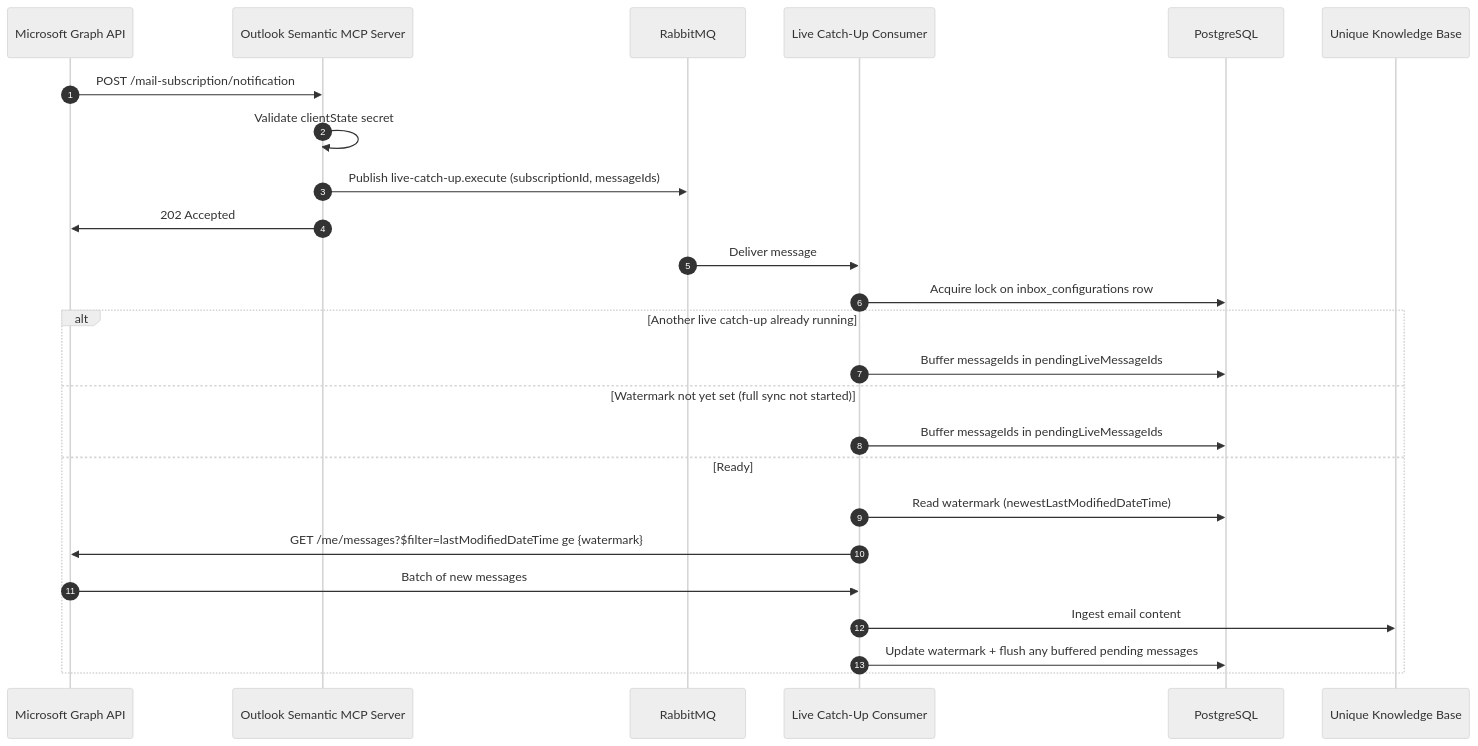
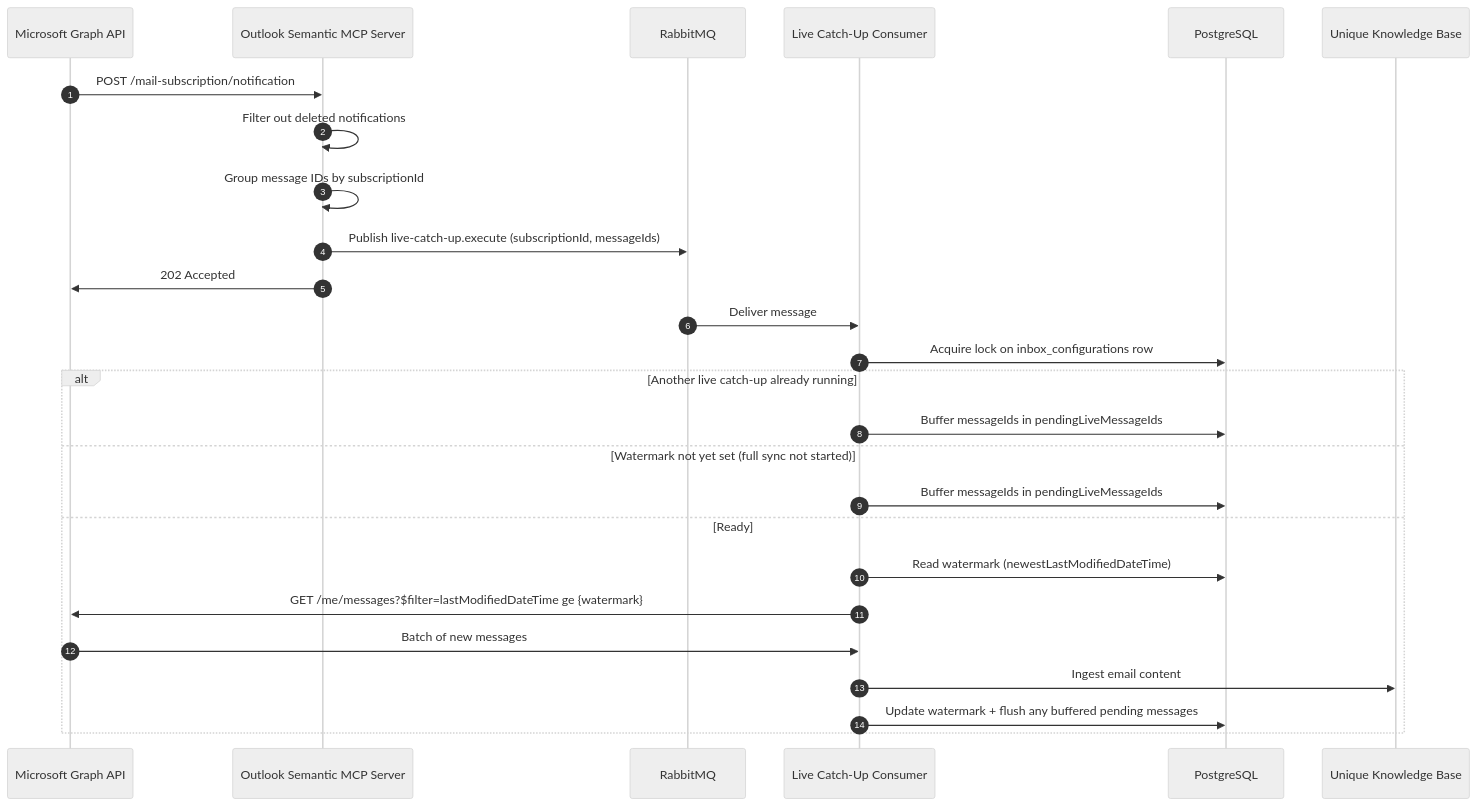
One commit to Unique-AG/connectors changed the fourth of 7 diagrams in services/outlook-semantic-mcp/docs/technical/flows.md. Above: the diagram before and after it, drawn with Mermaid. The commit also changed other lines of this file and 10 other files, not shown here.

````diff
--- a/services/outlook-semantic-mcp/docs/technical/flows.md
+++ b/services/outlook-semantic-mcp/docs/technical/flows.md
@@ -133,30 +133,31 @@
 ```mermaid
 %%{init: {'theme': 'neutral', 'themeVariables': { 'fontSize': '14px' }}}%%
 sequenceDiagram
     autonumber
     participant MSGraph as Microsoft Graph API
     participant OutlookMCP as Outlook Semantic MCP Server
     participant AMQP as RabbitMQ
     participant Consumer as Live Catch-Up Consumer
     participant DB as PostgreSQL
     participant UniqueKB as Unique Knowledge Base
 
     MSGraph->>OutlookMCP: POST /mail-subscription/notification
-    OutlookMCP->>OutlookMCP: Validate clientState secret
+    OutlookMCP->>OutlookMCP: Filter out deleted notifications
+    OutlookMCP->>OutlookMCP: Group message IDs by subscriptionId
     OutlookMCP->>AMQP: Publish live-catch-up.execute (subscriptionId, messageIds)
     OutlookMCP->>MSGraph: 202 Accepted
 
     AMQP->>Consumer: Deliver message
     Consumer->>DB: Acquire lock on inbox_configurations row
     alt Another live catch-up already running
         Consumer->>DB: Buffer messageIds in pendingLiveMessageIds
     else Watermark not yet set (full sync not started)
         Consumer->>DB: Buffer messageIds in pendingLiveMessageIds
     else Ready
         Consumer->>DB: Read watermark (newestLastModifiedDateTime)
         Consumer->>MSGraph: GET /me/messages?$filter=lastModifiedDateTime ge {watermark}
         MSGraph->>Consumer: Batch of new messages
         Consumer->>UniqueKB: Ingest email content
         Consumer->>DB: Update watermark + flush any buffered pending messages
     end
 ```
````
